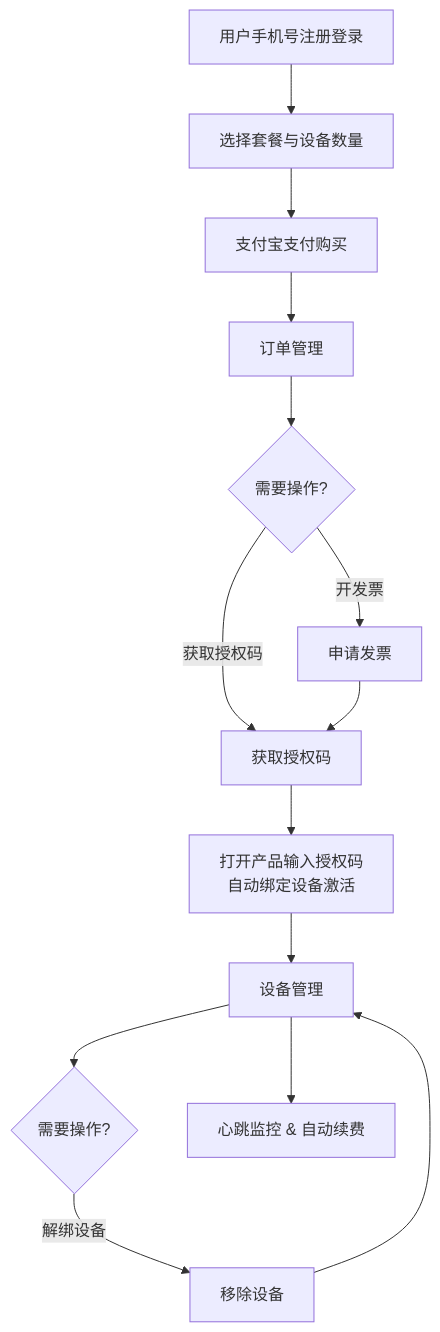
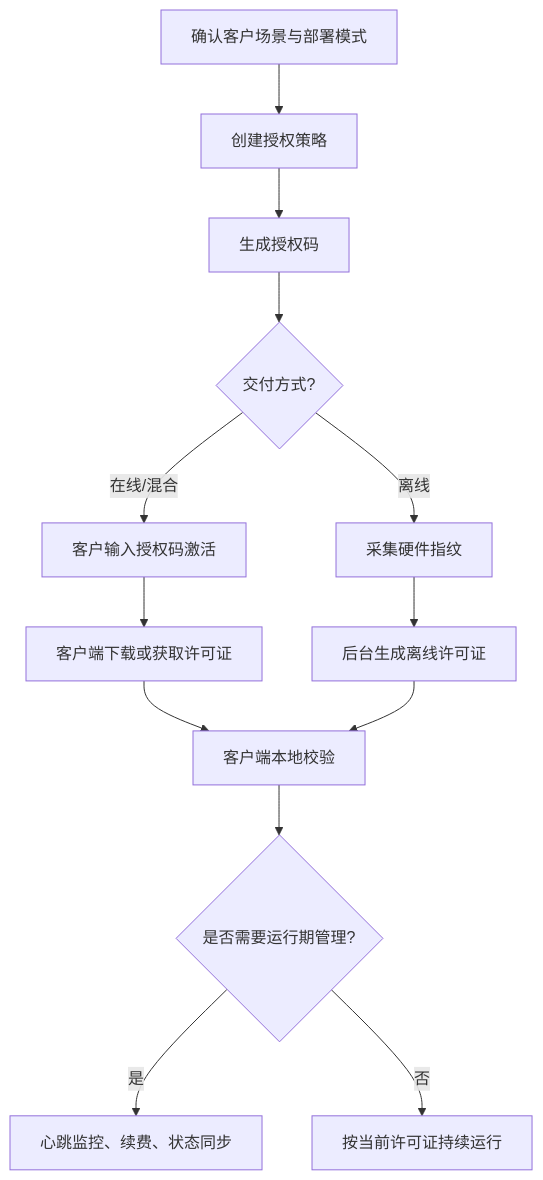
The diagram in docs/guide/operating_guide.md (cedar-v/license-manager-docs), drawn with Mermaid before and after one commit. The commit also changed other lines of this file and 13 other files, not shown here.

````diff
--- a/docs/guide/operating_guide.md
+++ b/docs/guide/operating_guide.md
@@ -39,16 +40,15 @@
 ```mermaid
-graph TD
-    A[用户手机号注册登录] --> B[选择套餐与设备数量]
-    B --> C[支付宝支付购买]
-    C --> D[订单管理]
-    D --> E{需要操作?}
-    E -->|开发票| F[申请发票]
-    E -->|获取授权码| G[获取授权码]
-    F --> G
-    G --> H[打开产品输入授权码<br/>自动绑定设备激活]
-    H --> I[设备管理]
-    I --> J{需要操作?}
-    J -->|解绑设备| K[移除设备]
-    K --> I
-    I --> L[心跳监控 & 自动续费]
+flowchart TD
+    A[确认客户场景与部署模式] --> B[创建授权策略]
+    B --> C[生成授权码]
+    C --> D{交付方式?}
+    D -->|在线/混合| E[客户输入授权码激活]
+    D -->|离线| F[采集硬件指纹]
+    E --> G[客户端下载或获取许可证]
+    F --> H[后台生成离线许可证]
+    G --> I[客户端本地校验]
+    H --> I
+    I --> J{是否需要运行期管理?}
+    J -->|是| K[心跳监控、续费、状态同步]
+    J -->|否| L[按当前许可证持续运行]
 ```
````
